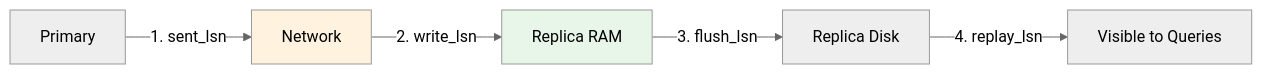
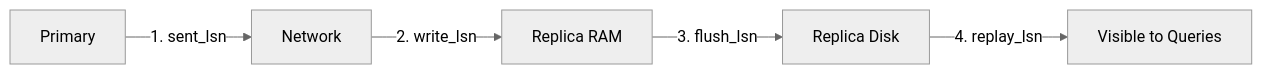
The sixth of 12 diagrams in docs/databases/004-replication-strategy.md (duynhlab/homelab), drawn with Mermaid (neutral theme) before and after one commit. The commit also changed other lines of this file and 110 other files, not shown here.

````diff
--- a/docs/databases/004-replication-strategy.md
+++ b/docs/databases/004-replication-strategy.md
@@ -242,10 +262,7 @@
 ```mermaid
 flowchart LR
     Primary[Primary] -->|1. sent_lsn| Network[Network]
     Network -->|2. write_lsn| ReplicaRAM[Replica RAM]
     ReplicaRAM -->|3. flush_lsn| ReplicaDisk[Replica Disk]
     ReplicaDisk -->|4. replay_lsn| Visible[Visible to Queries]
-
-    style Network fill:#fff3e0
-    style ReplicaRAM fill:#e8f5e9
 ```
````
